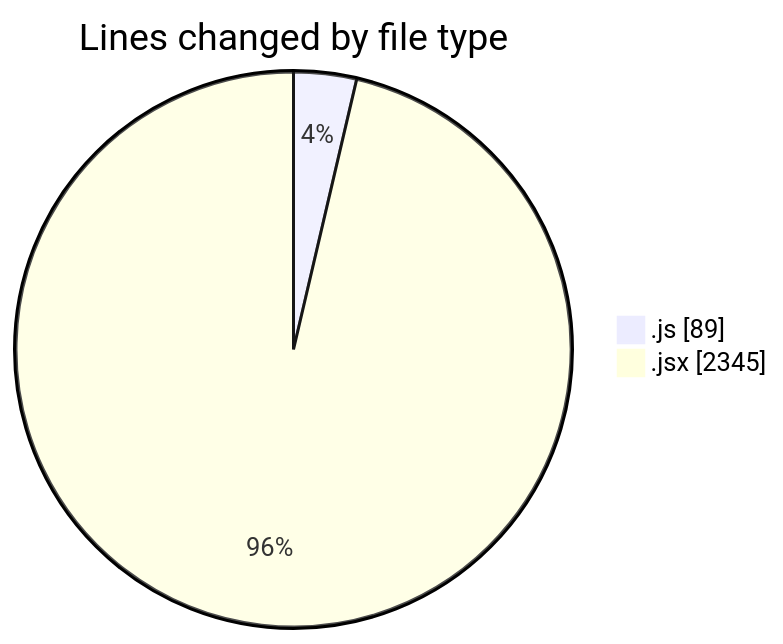
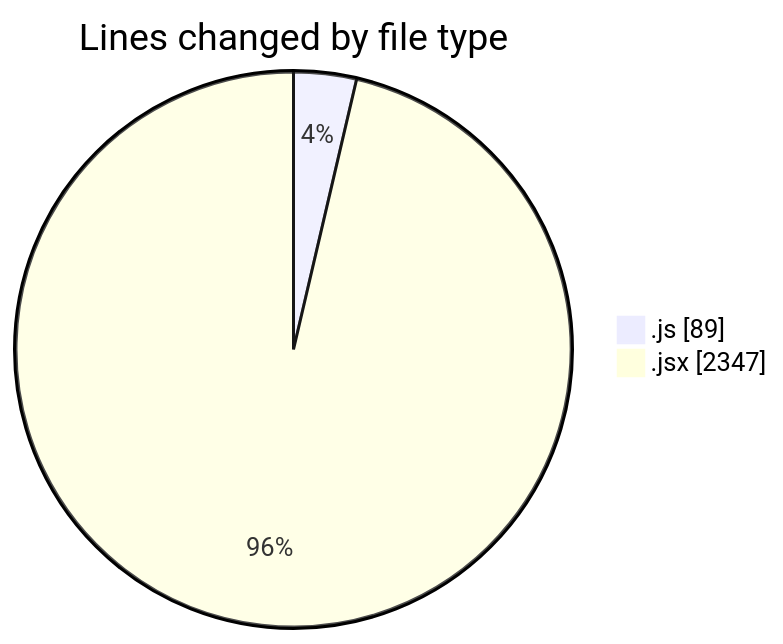
One commit to nxtqubesakshisongat/code-tracking changed the first of 2 diagrams in 2025-05-03/nxtqube_webapp/README.md. Above: the diagram before and after it, drawn with Mermaid. The commit also changed other lines of this file and 1 other file, not shown here.

````diff
--- a/2025-05-03/nxtqube_webapp/README.md
+++ b/2025-05-03/nxtqube_webapp/README.md
@@ -23,6 +23,6 @@
 ```mermaid
 pie showData
 title Lines changed by file type
 ".js" : 89
-".jsx" : 2345
+".jsx" : 2347
 ```
````
